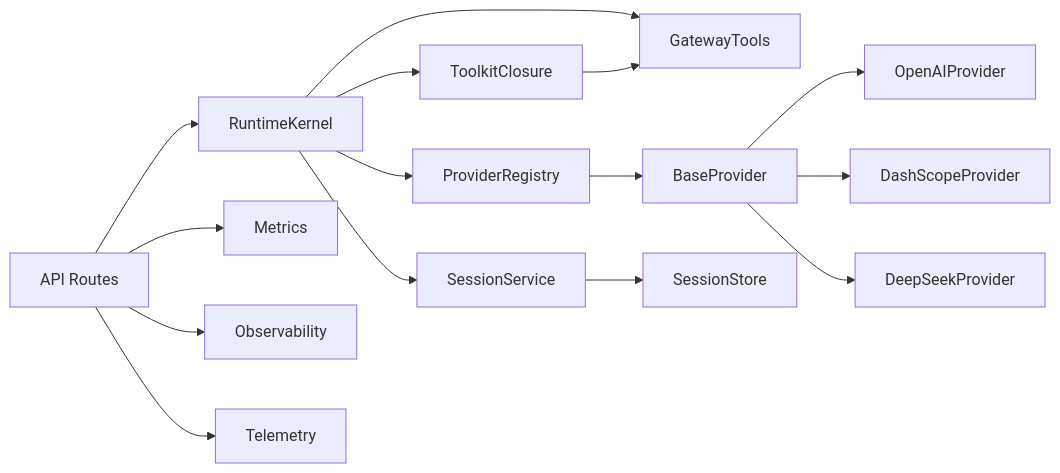
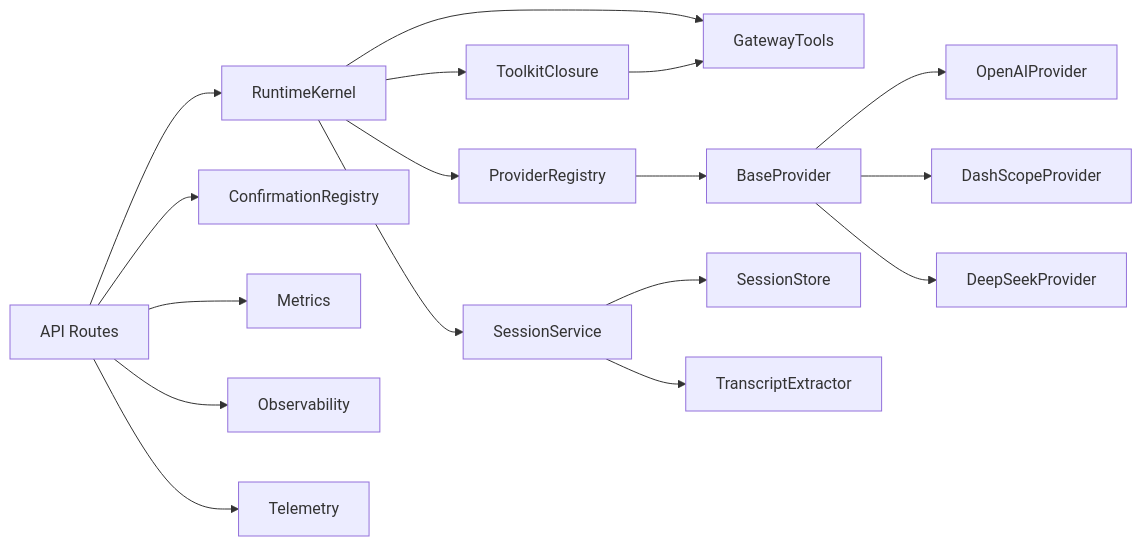
One commit to metasync/luban-aiops changed diagram 18 of 18 in .qoder/repowiki/en/content/Agent Platform Service/Agent Platform Service.md. Above: the diagram before and after it, drawn with Mermaid. The commit also changed other lines of this file and 33 other files, not shown here.

````diff
--- a/.qoder/repowiki/en/content/Agent Platform Service/Agent Platform Service.md
+++ b/.qoder/repowiki/en/content/Agent Platform Service/Agent Platform Service.md
@@ -720,17 +1025,19 @@
 ```mermaid
 graph LR
 API["API Routes"] --> Kernel["RuntimeKernel"]
 Kernel --> Session["SessionService"]
 Kernel --> Registry["ProviderRegistry"]
 Kernel --> Tools["GatewayTools"]
 Kernel --> Closure["ToolkitClosure"]
 Registry --> Base["BaseProvider"]
 Base --> OpenAI["OpenAIProvider"]
 Base --> DashScope["DashScopeProvider"]
 Base --> DeepSeek["DeepSeekProvider"]
 Session --> Store["SessionStore"]
+Session --> Transcript["TranscriptExtractor"]
+API --> HITL["ConfirmationRegistry"]
 API --> Metrics["Metrics"]
 API --> Obs["Observability"]
 API --> Tel["Telemetry"]
 Closure --> Tools
 ```
````
